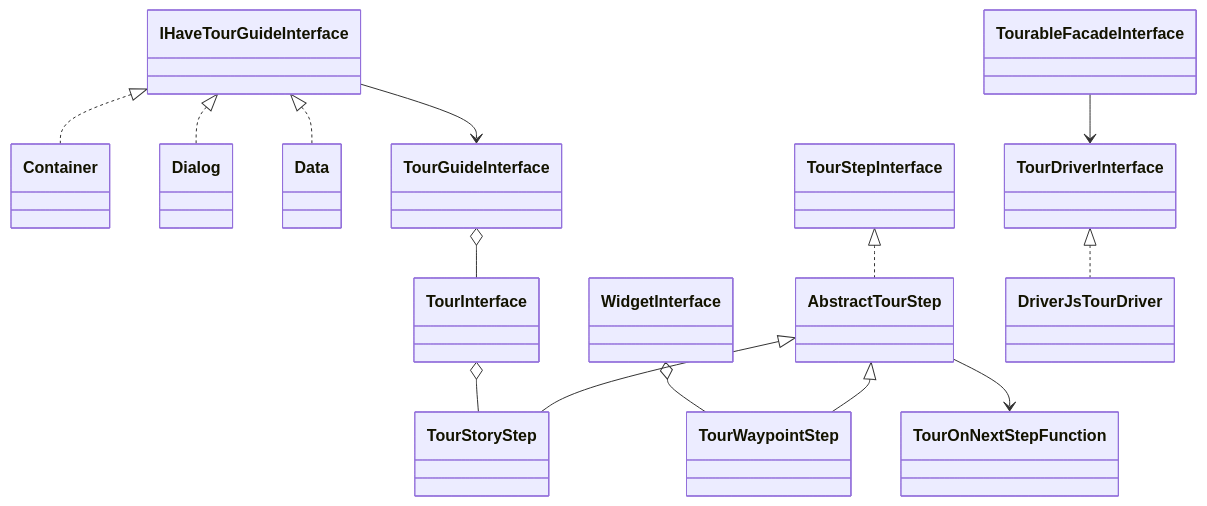
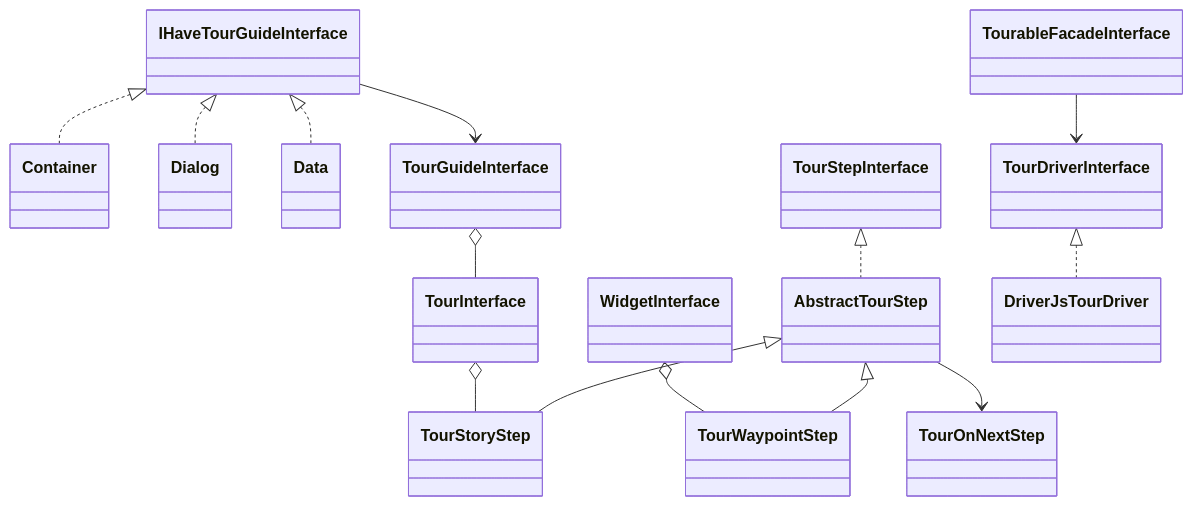
Before and after one commit to ExFace/Core: the diagram in Docs/Creating_UIs/Tours/index.md, drawn with Mermaid. The commit also changed other lines of this file and 5 other files, not shown here.

First line of the commit message:
DEV added new properties: - "hide_in_menu": hides the tour in tour selection - "skip_if_standalone": skips all actions defined in "on_next_step".

````diff
--- a/Docs/Creating_UIs/Tours/index.md
+++ b/Docs/Creating_UIs/Tours/index.md
@@ -206,16 +263,16 @@
 ```mermaid
 classDiagram
     IHaveTourGuideInterface <|.. Container
     IHaveTourGuideInterface <|.. Dialog
     IHaveTourGuideInterface <|.. Data
     IHaveTourGuideInterface --> TourGuideInterface
     TourGuideInterface o-- TourInterface
     TourInterface o-- TourStoryStep
     WidgetInterface o-- TourWaypointStep
     TourStepInterface <|.. AbstractTourStep
     AbstractTourStep <|-- TourStoryStep
     AbstractTourStep <|-- TourWaypointStep
-    AbstractTourStep --> TourOnNextStepFunction
+    AbstractTourStep --> TourOnNextStep
     TourableFacadeInterface --> TourDriverInterface
     TourDriverInterface <|.. DriverJsTourDriver
 ```
````
